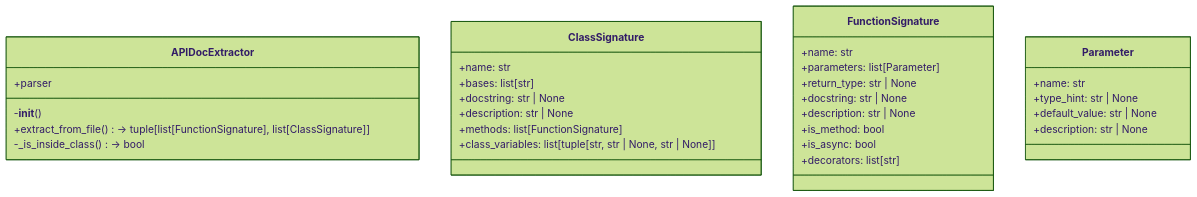
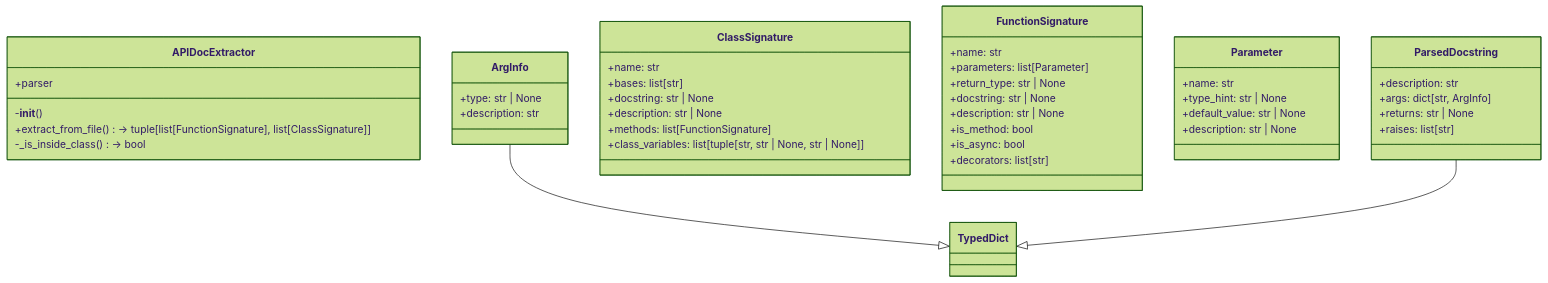
One commit to UrbanDiver/local-deepwiki-mcp changed the first of 2 diagrams in .deepwiki/files/src/local_deepwiki/generators/api_docs.md. Above: the diagram before and after it, drawn with Mermaid (forest theme). The commit also changed other lines of this file and 65 other files, not shown here.

````diff
--- a/.deepwiki/files/src/local_deepwiki/generators/api_docs.md
+++ b/.deepwiki/files/src/local_deepwiki/generators/api_docs.md
@@ -1315,33 +1393,45 @@
 ```mermaid
 classDiagram
     class APIDocExtractor {
         +parser
         -__init__()
         +extract_from_file() -> tuple[list[FunctionSignature], list[ClassSignature]]
         -_is_inside_class() -> bool
+    }
+    class ArgInfo {
+        +type: str | None
+        +description: str
     }
     class ClassSignature {
         +name: str
         +bases: list[str]
         +docstring: str | None
         +description: str | None
         +methods: list[FunctionSignature]
         +class_variables: list[tuple[str, str | None, str | None]]
     }
     class FunctionSignature {
         +name: str
         +parameters: list[Parameter]
         +return_type: str | None
         +docstring: str | None
         +description: str | None
         +is_method: bool
         +is_async: bool
         +decorators: list[str]
     }
     class Parameter {
         +name: str
         +type_hint: str | None
         +default_value: str | None
         +description: str | None
     }
+    class ParsedDocstring {
+        +description: str
+        +args: dict[str, ArgInfo]
+        +returns: str | None
+        +raises: list[str]
+    }
+    ArgInfo --|> TypedDict
+    ParsedDocstring --|> TypedDict
 ```
````
